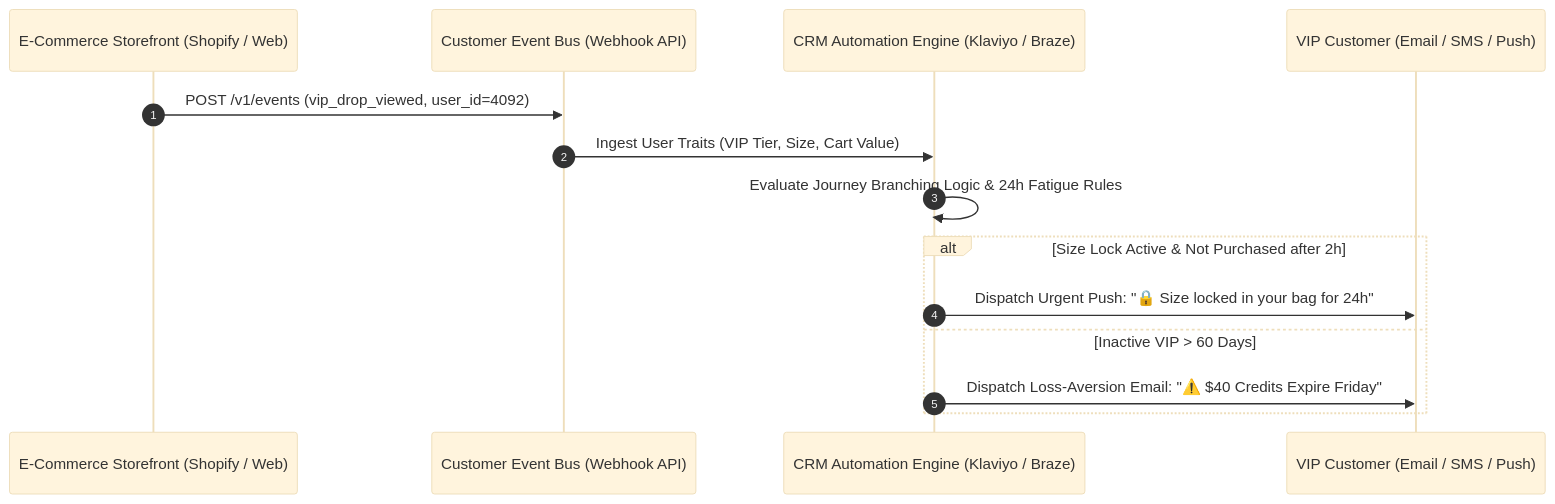
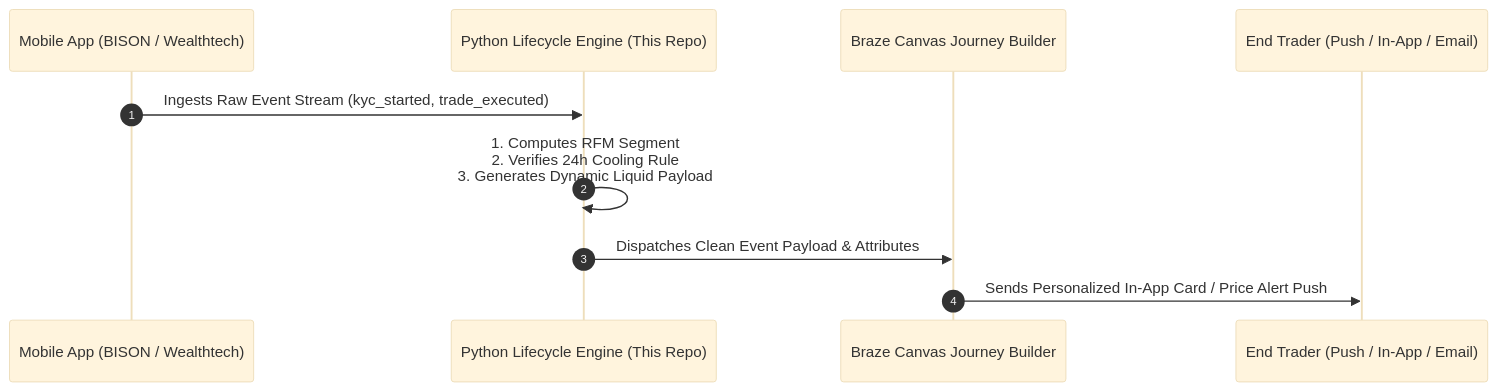
The diagram in README.md (Faizan021/growth-intelligence-engine), drawn with Mermaid (base theme) before and after one commit. The commit also changed other lines of this file, not shown here.

````diff
--- a/README.md
+++ b/README.md
@@ -86,17 +26,13 @@
 ```mermaid
 sequenceDiagram
     autonumber
-    participant Store as E-Commerce Storefront (Shopify / Web)
-    participant EventBus as Customer Event Bus (Webhook API)
-    participant CRM as CRM Automation Engine (Klaviyo / Braze)
-    participant Member as VIP Customer (Email / SMS / Push)
+    participant App as Mobile App (BISON / Wealthtech)
+    participant Engine as Python Lifecycle Engine (This Repo)
+    participant Braze as Braze Canvas Journey Builder
+    participant User as End Trader (Push / In-App / Email)
 
-    Store->>EventBus: POST /v1/events (vip_drop_viewed, user_id=4092)
-    EventBus->>CRM: Ingest User Traits (VIP Tier, Size, Cart Value)
-    CRM->>CRM: Evaluate Journey Branching Logic & 24h Fatigue Rules
-    alt Size Lock Active & Not Purchased after 2h
-        CRM->>Member: Dispatch Urgent Push: "🔒 Size locked in your bag for 24h"
-    else Inactive VIP > 60 Days
-        CRM->>Member: Dispatch Loss-Aversion Email: "⚠️ $40 Credits Expire Friday"
-    end
+    App->>Engine: Ingests Raw Event Stream (kyc_started, trade_executed)
+    Engine->>Engine: 1. Computes RFM Segment<br>2. Verifies 24h Cooling Rule<br>3. Generates Dynamic Liquid Payload
+    Engine->>Braze: Dispatches Clean Event Payload & Attributes
+    Braze->>User: Sends Personalized In-App Card / Price Alert Push
 ```
````
